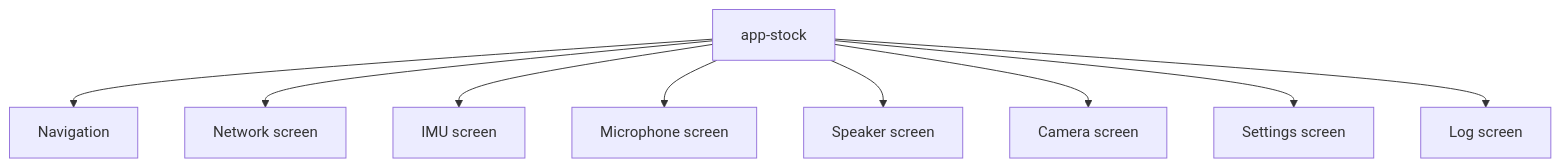
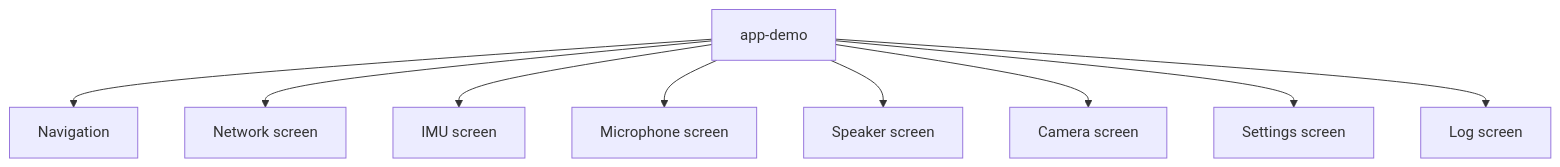
Before and after one commit to wackazong/hackandhike-2026: the seventh of 13 diagrams in README.md, drawn with Mermaid. The commit also changed other lines of this file, not shown here.

````diff
--- a/README.md
+++ b/README.md
@@ -577,11 +599,11 @@
 ```mermaid
 flowchart TD
-    Stock["app-stock"] --> Nav["Navigation"]
-    Stock --> Network["Network screen"]
-    Stock --> IMU["IMU screen"]
-    Stock --> Mic["Microphone screen"]
-    Stock --> Speaker["Speaker screen"]
-    Stock --> Camera["Camera screen"]
-    Stock --> Settings["Settings screen"]
-    Stock --> Log["Log screen"]
+    Demo["app-demo"] --> Nav["Navigation"]
+    Demo --> Network["Network screen"]
+    Demo --> IMU["IMU screen"]
+    Demo --> Mic["Microphone screen"]
+    Demo --> Speaker["Speaker screen"]
+    Demo --> Camera["Camera screen"]
+    Demo --> Settings["Settings screen"]
+    Demo --> Log["Log screen"]
 ```
````
